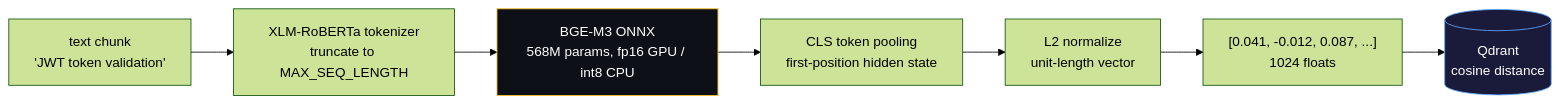
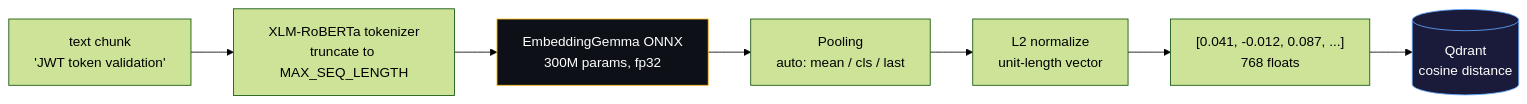
One commit to alexandruleca/imprint-memory-layer changed the third of 10 diagrams in README.md. Above: the diagram before and after it, drawn with Mermaid (forest theme). The commit also changed other lines of this file and 13 other files, not shown here.

````diff
--- a/README.md
+++ b/README.md
@@ -135,12 +144,12 @@
 ```mermaid
 graph LR
     TXT["text chunk<br/>'JWT token validation'"] --> TOK[XLM-RoBERTa tokenizer<br/>truncate to MAX_SEQ_LENGTH]
-    TOK --> ONNX[BGE-M3 ONNX<br/>568M params, fp16 GPU / int8 CPU]
-    ONNX --> CLS[CLS token pooling<br/>first-position hidden state]
-    CLS --> NORM[L2 normalize<br/>unit-length vector]
-    NORM --> VEC["[0.041, -0.012, 0.087, ...]<br/>1024 floats"]
+    TOK --> ONNX[EmbeddingGemma ONNX<br/>300M params, fp32]
+    ONNX --> POOL[Pooling<br/>auto: mean / cls / last]
+    POOL --> NORM[L2 normalize<br/>unit-length vector]
+    NORM --> VEC["[0.041, -0.012, 0.087, ...]<br/>768 floats"]
     VEC --> QDR[(Qdrant<br/>cosine distance)]
 
     style ONNX fill:#0d1117,stroke:#fbbf24,color:#fff
     style QDR fill:#1a1a3a,stroke:#60a5fa,color:#fff
 ```
````
